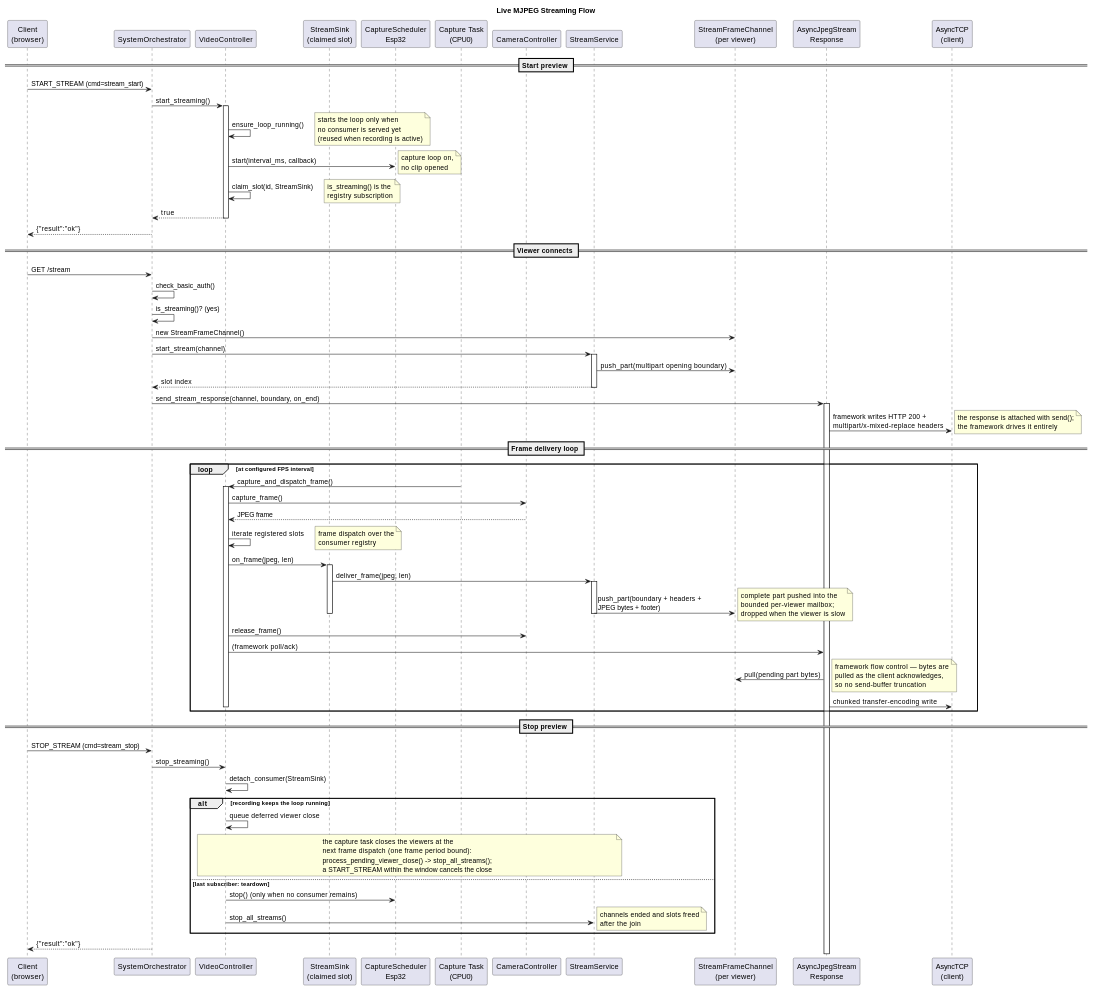
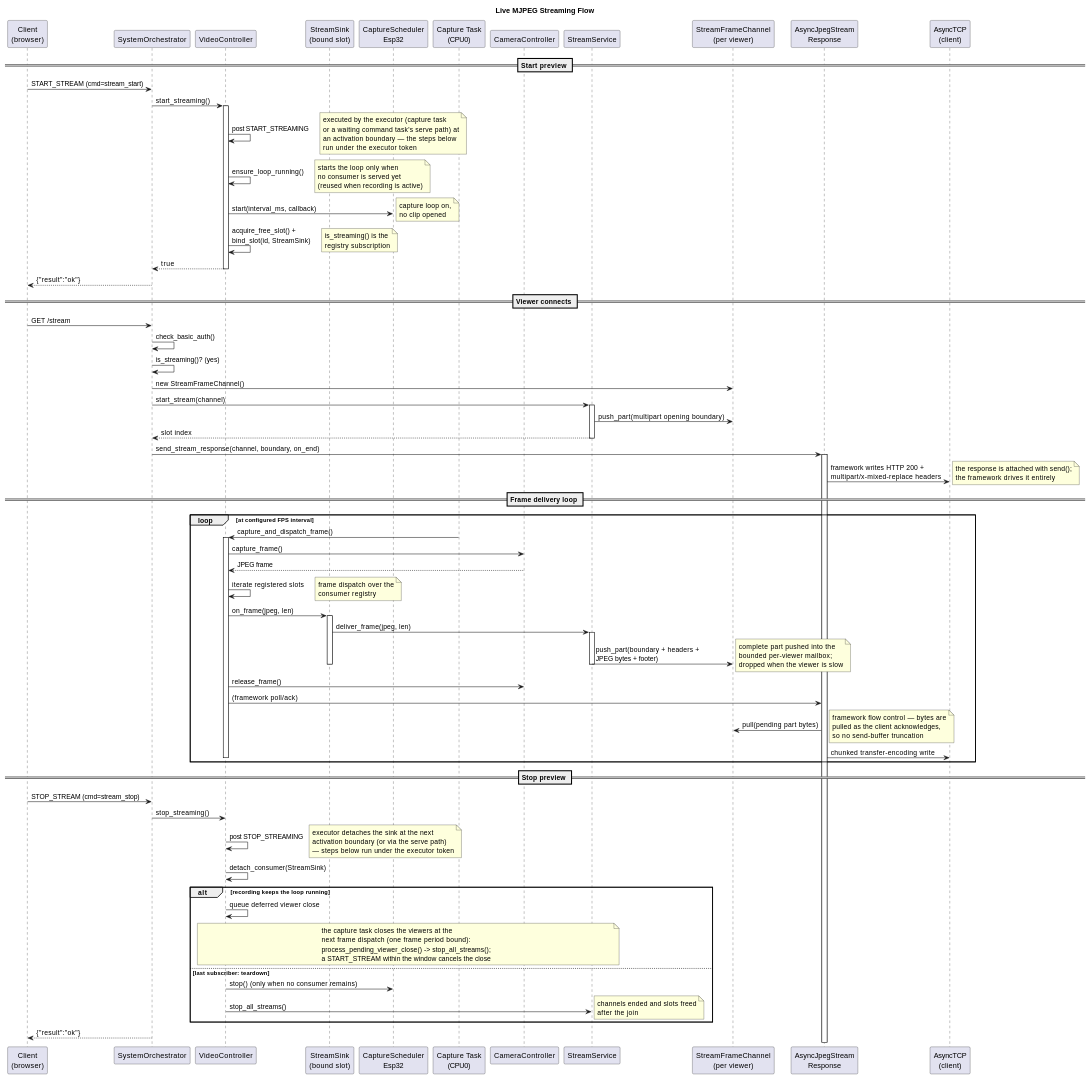
One commit to timwalsh41/micro-security-cam changed the seventh of 8 diagrams in docs/SYSTEM_DESIGN.md. Above: the diagram before and after it, drawn with PlantUML. The commit also changed other lines of this file and 12 other files, not shown here.

```diff
--- a/docs/SYSTEM_DESIGN.md
+++ b/docs/SYSTEM_DESIGN.md
@@ -1757,7 +1803,7 @@
 participant "Client\n(browser)" as CLIENT
 participant "SystemOrchestrator" as ORCH
 participant "VideoController" as VC
-participant "StreamSink\n(claimed slot)" as ST
+participant "StreamSink\n(bound slot)" as ST
 participant "CaptureScheduler\nEsp32" as CS
 participant "Capture Task\n(CPU0)" as TASK
 participant "CameraController" as CAM
@@ -1771,11 +1817,13 @@
 CLIENT -> ORCH : START_STREAM (cmd=stream_start)
 ORCH -> VC : start_streaming()
 activate VC
+VC -> VC : post START_STREAMING
+note right: executed by the executor (capture task\nor a waiting command task's serve path) at\nan activation boundary — the steps below\nrun under the executor token
 VC -> VC : ensure_loop_running()
 note right: starts the loop only when\nno consumer is served yet\n(reused when recording is active)
 VC -> CS : start(interval_ms, callback)
 note right: capture loop on,\nno clip opened
-VC -> VC : claim_slot(id, StreamSink)
+VC -> VC : acquire_free_slot() +\nbind_slot(id, StreamSink)
 note right: is_streaming() is the\nregistry subscription
 VC --> ORCH : true
 deactivate VC
@@ -1828,6 +1876,8 @@
 
 CLIENT -> ORCH : STOP_STREAM (cmd=stream_stop)
 ORCH -> VC : stop_streaming()
+VC -> VC : post STOP_STREAMING
+note right: executor detaches the sink at the next\nactivation boundary (or via the serve path)\n— steps below run under the executor token
 VC -> VC : detach_consumer(StreamSink)
 alt recording keeps the loop running
     VC -> VC : queue deferred viewer close
```
